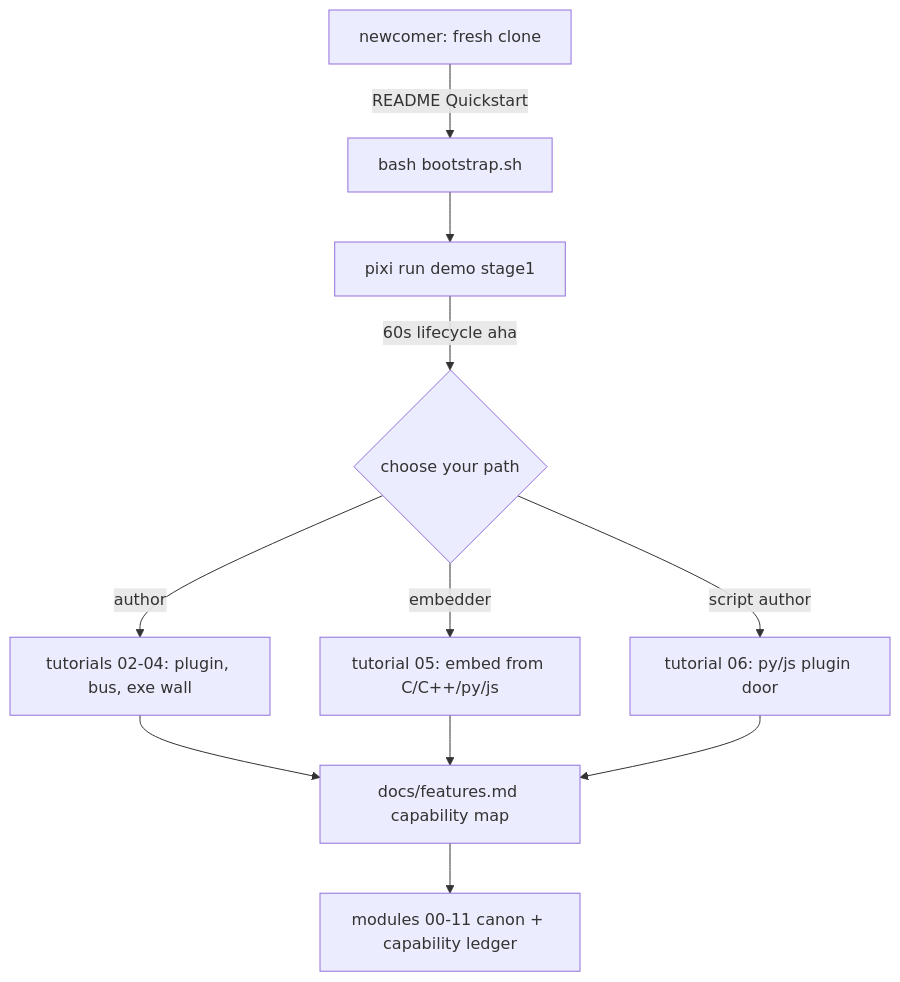
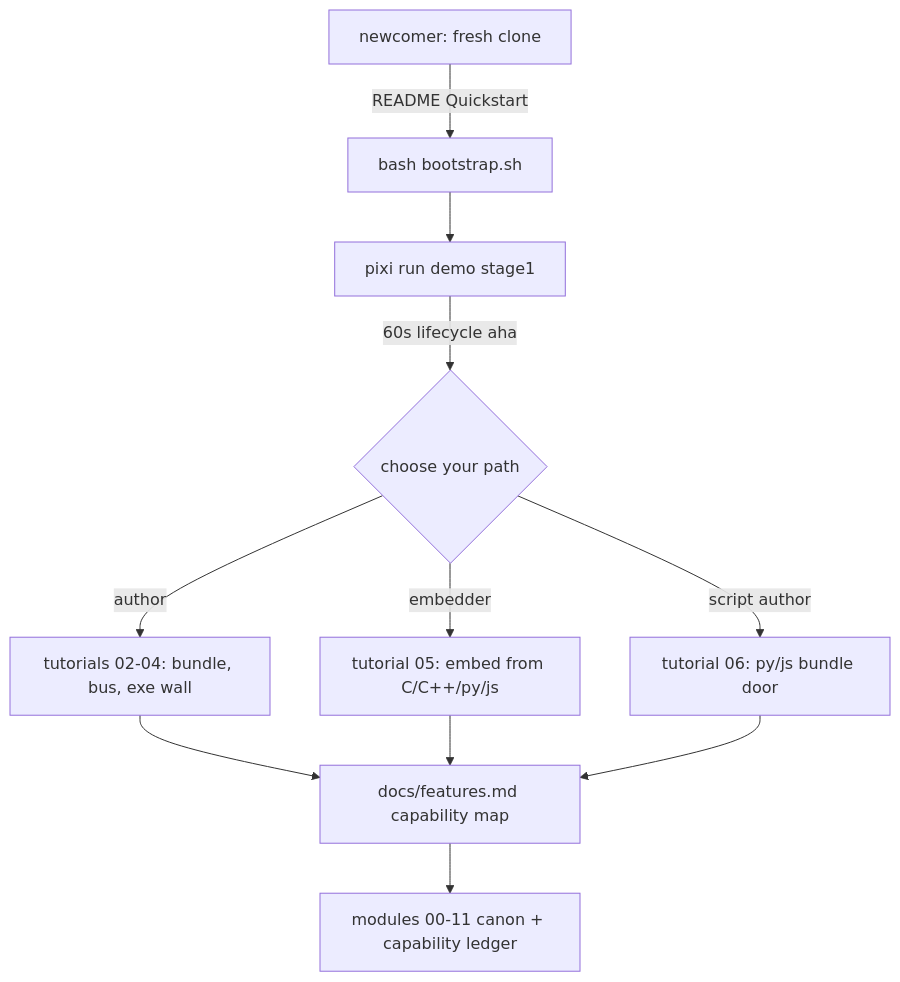
Before and after one commit to chengxuewen/ModuKit: the diagram in docs/onboarding-plan.md, drawn with Mermaid. The commit also changed other lines of this file and 24 other files, not shown here.

````diff
--- a/docs/onboarding-plan.md
+++ b/docs/onboarding-plan.md
@@ -188,11 +188,11 @@
 ```mermaid
 flowchart TD
   A[newcomer: fresh clone] -->|README Quickstart| B[bash bootstrap.sh]
   B --> C[pixi run demo stage1]
   C -->|60s lifecycle aha| D{choose your path}
-  D -->|author| E[tutorials 02-04: plugin, bus, exe wall]
+  D -->|author| E[tutorials 02-04: bundle, bus, exe wall]
   D -->|embedder| F[tutorial 05: embed from C/C++/py/js]
-  D -->|script author| G[tutorial 06: py/js plugin door]
+  D -->|script author| G[tutorial 06: py/js bundle door]
   E & F & G --> H[docs/features.md capability map]
   H --> I[modules 00-11 canon + capability ledger]
 ```
````
